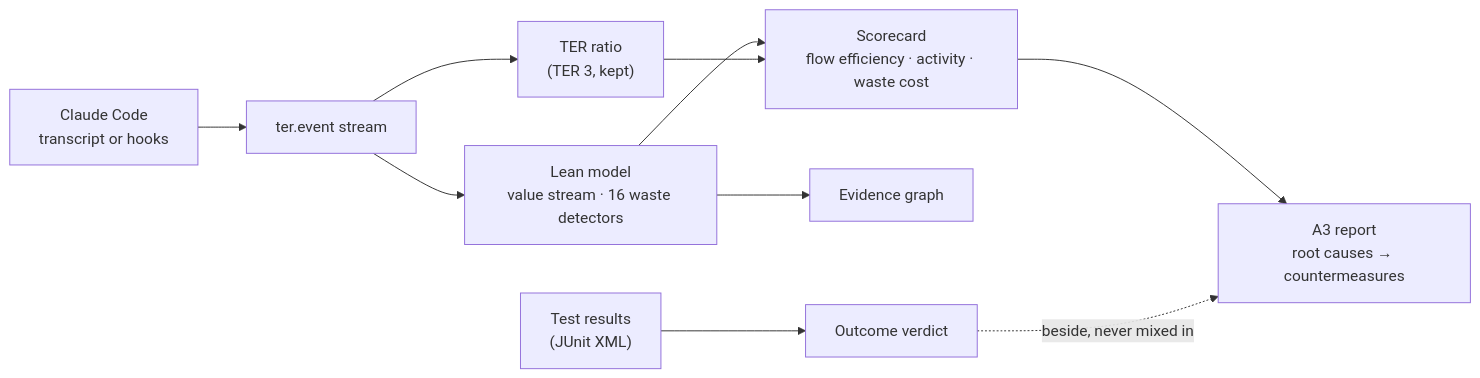
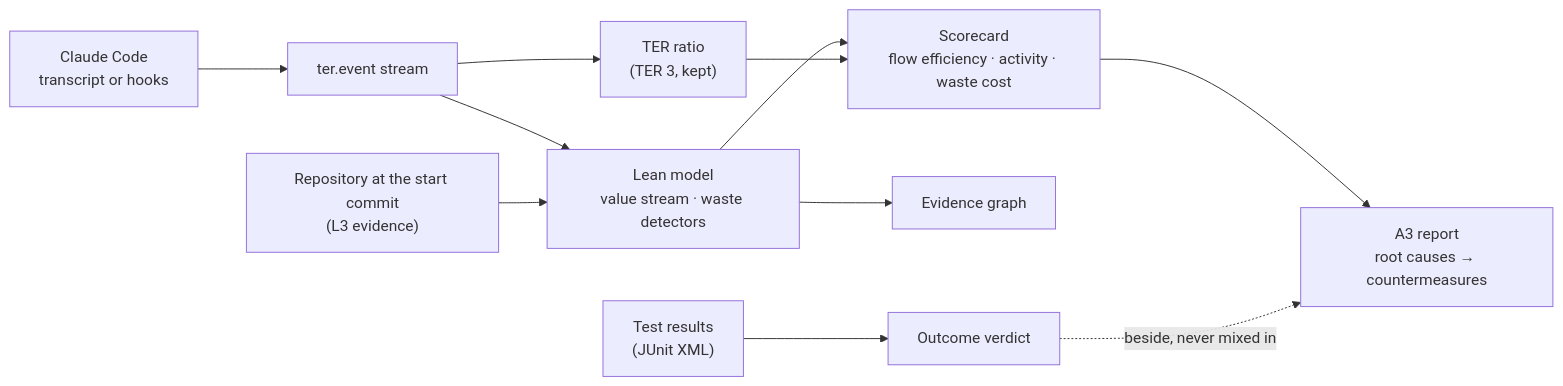
One commit to cplegendre/TER changed the diagram in README.md. Above: the diagram before and after it, drawn with Mermaid. The commit also changed other lines of this file and 9 other files, not shown here.

````diff
--- a/README.md
+++ b/README.md
@@ -22,12 +22,13 @@
 ```mermaid
 flowchart LR
     S["Claude Code<br/>transcript or hooks"] --> E["ter.event stream"]
     E --> T["TER ratio<br/>(TER 3, kept)"]
     O["Test results<br/>(JUnit XML)"] --> V["Outcome verdict"]
-    E --> L["Lean model<br/>value stream · 16 waste detectors"]
+    E --> L["Lean model<br/>value stream · waste detectors"]
+    R["Repository at the start commit<br/>(L3 evidence)"] --> L
     L --> G["Evidence graph"]
     L --> SC["Scorecard<br/>flow efficiency · activity · waste cost"]
     T --> SC
     SC --> A3["A3 report<br/>root causes → countermeasures"]
     V -. beside, never mixed in .-> A3
 ```
````
